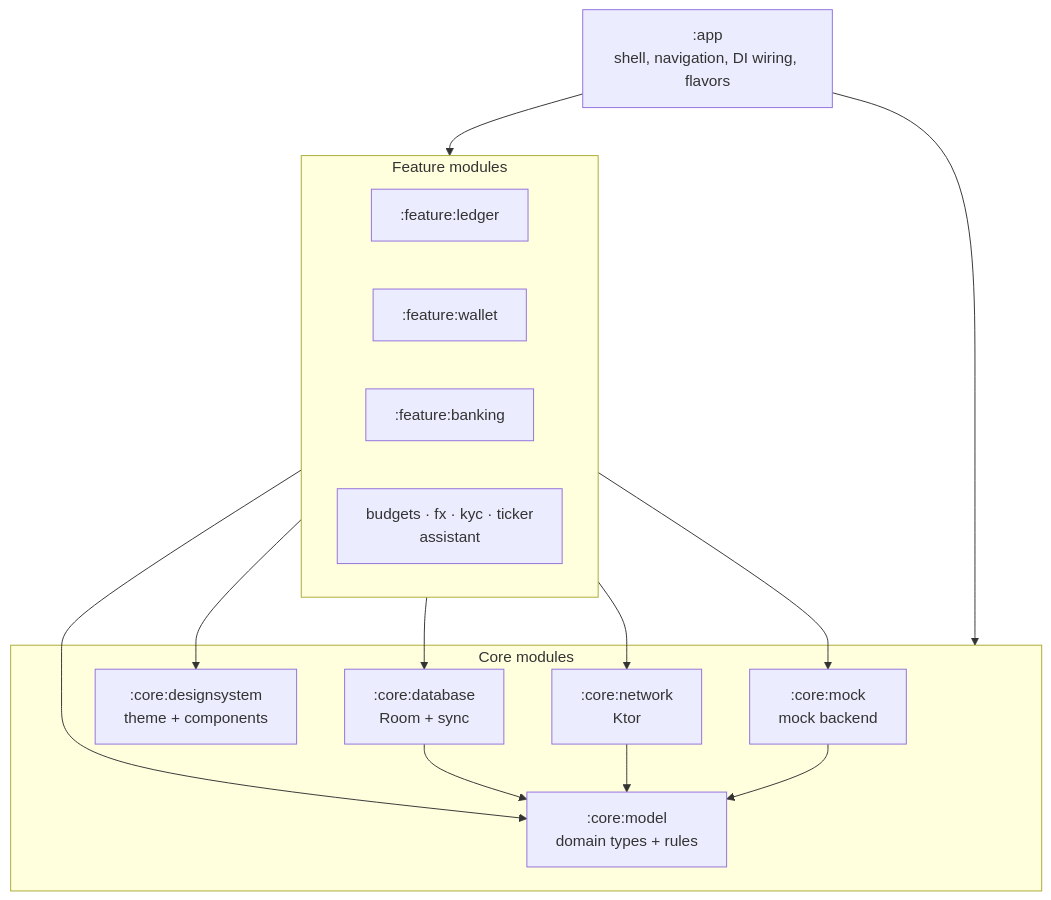
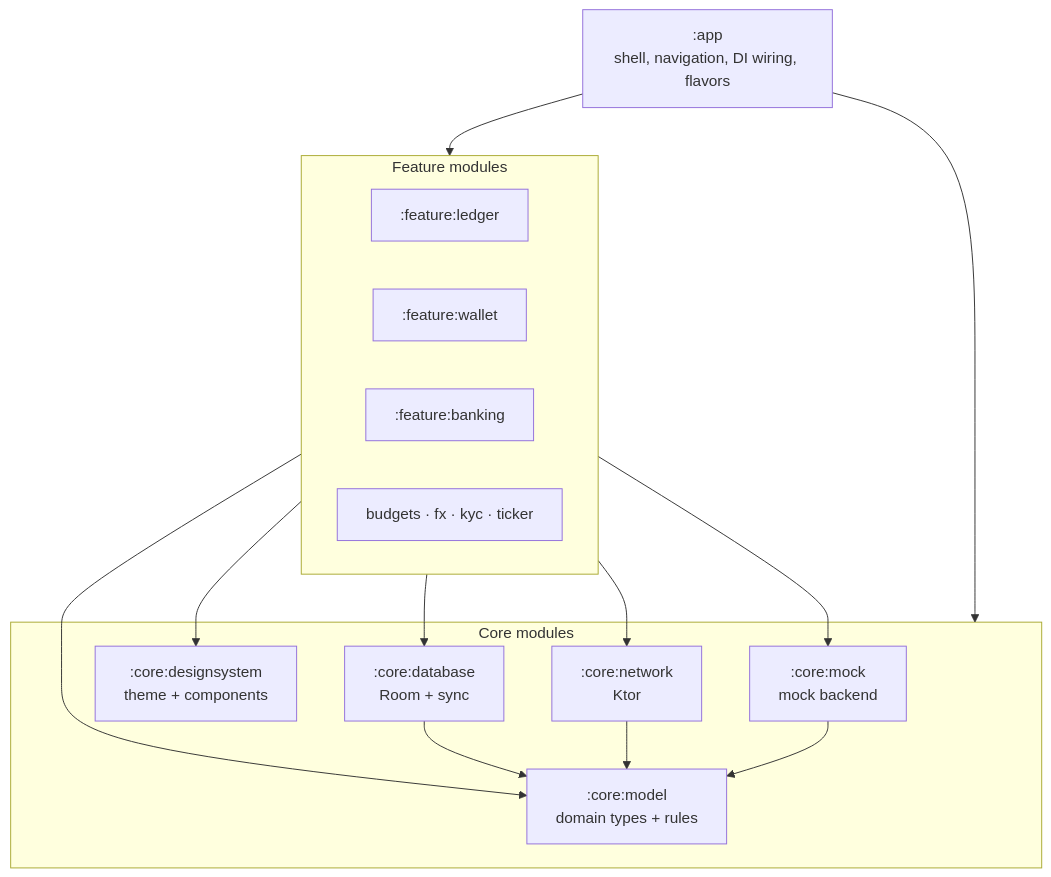
The first of 2 diagrams in docs/ARCHITECTURE.md (sourabhrustagi/Personal-ledger-android), drawn with Mermaid before and after one commit. The commit also changed other lines of this file, not shown here.

Commit message:
Update ARCHITECTURE.md to remove :feature:assistant references

````diff
--- a/docs/ARCHITECTURE.md
+++ b/docs/ARCHITECTURE.md
@@ -9,27 +9,27 @@
 ```mermaid
 flowchart TD
     app[":app<br/>shell, navigation, DI wiring, flavors"]
     subgraph features [Feature modules]
         ledger[":feature:ledger"]
         wallet[":feature:wallet"]
         banking[":feature:banking"]
-        others["budgets · fx · kyc · ticker<br/>assistant"]
+        others["budgets · fx · kyc · ticker"]
     end
     subgraph core [Core modules]
         model[":core:model<br/>domain types + rules"]
         db[":core:database<br/>Room + sync"]
         net[":core:network<br/>Ktor"]
         ds[":core:designsystem<br/>theme + components"]
         mock[":core:mock<br/>mock backend"]
     end
     app --> features
     app --> core
     features --> model
     features --> ds
     features --> db
     features --> net
     features --> mock
     db --> model
     net --> model
     mock --> model
 ```
````
